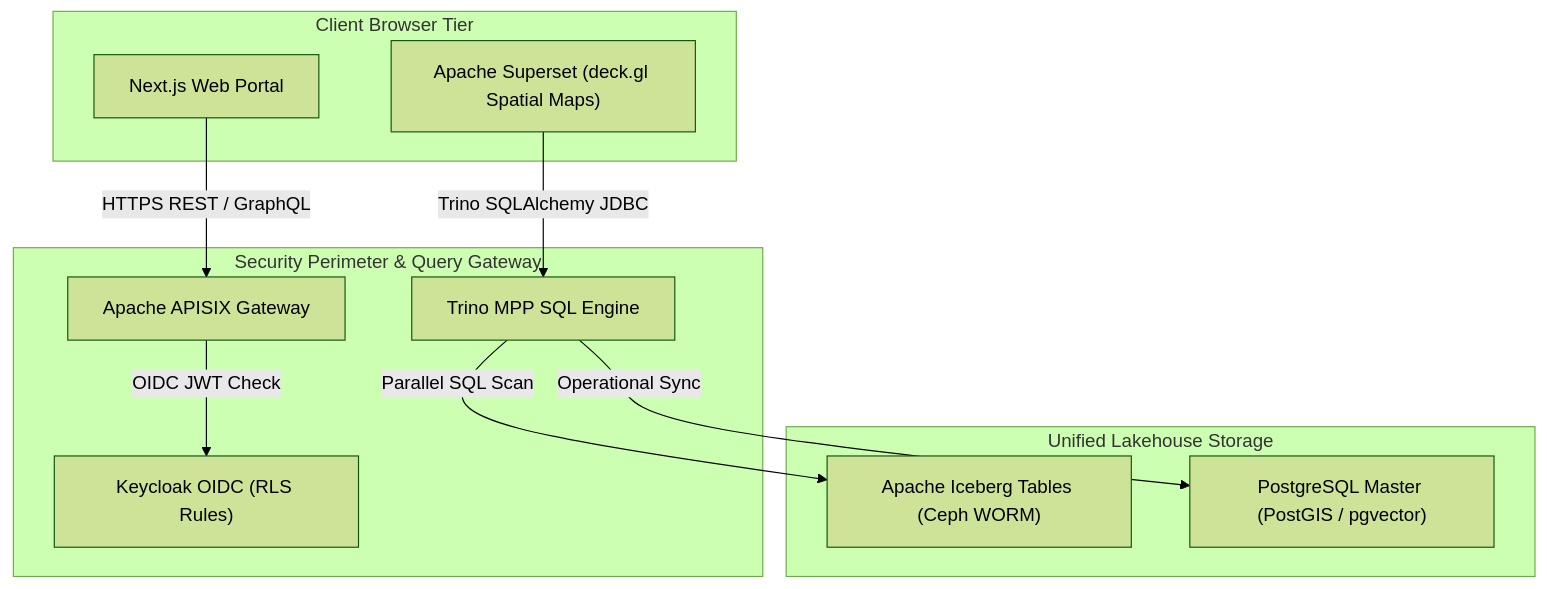
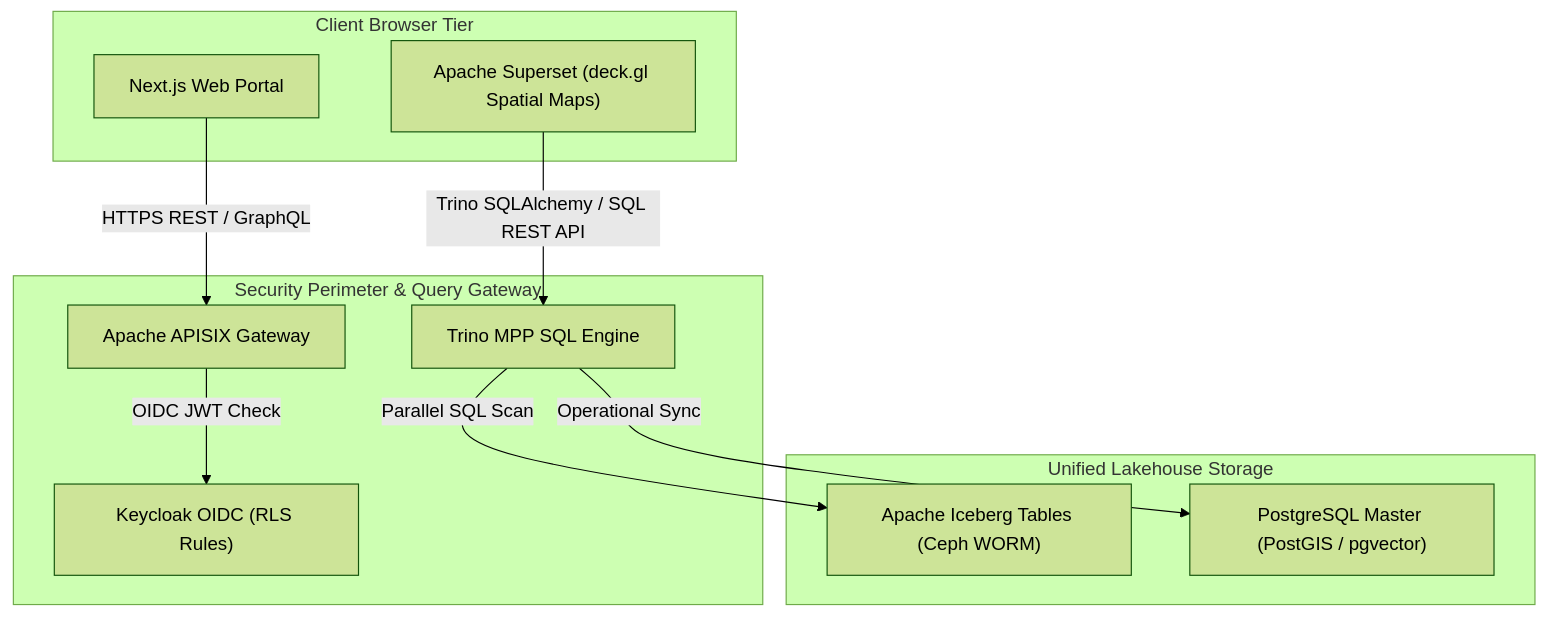
Before and after one commit to linuxmalaysia/bda-ai-infra: the second of 2 diagrams in docs/how-to-guides/ingestion-pipeline-modernization.md, drawn with Mermaid (forest theme). The commit also changed other lines of this file and 9 other files, not shown here.

First line of the commit message:
docs: complete PR comment diagram alignment and protocol standardization

````diff
--- a/docs/how-to-guides/ingestion-pipeline-modernization.md
+++ b/docs/how-to-guides/ingestion-pipeline-modernization.md
@@ -201,25 +201,25 @@
 ```mermaid
 flowchart TD
     subgraph Client ["Client Browser Tier"]
         NextJS["Next.js Web Portal"]
         Superset["Apache Superset (deck.gl Spatial Maps)"]
     end
 
     subgraph Perimeter ["Security Perimeter & Query Gateway"]
         APISIX["Apache APISIX Gateway"]
         Keycloak["Keycloak OIDC (RLS Rules)"]
         Trino["Trino MPP SQL Engine"]
     end
 
     subgraph DataHub ["Unified Lakehouse Storage"]
         Iceberg["Apache Iceberg Tables (Ceph WORM)"]
         Postgres["PostgreSQL Master (PostGIS / pgvector)"]
     end
 
     NextJS -->|"HTTPS REST / GraphQL"| APISIX
-    Superset -->|"Trino SQLAlchemy JDBC"| Trino
+    Superset -->|"Trino SQLAlchemy / SQL REST API"| Trino
 
     APISIX -->|"OIDC JWT Check"| Keycloak
     Trino -->|"Parallel SQL Scan"| Iceberg
     Trino -->|"Operational Sync"| Postgres
 ```
````
